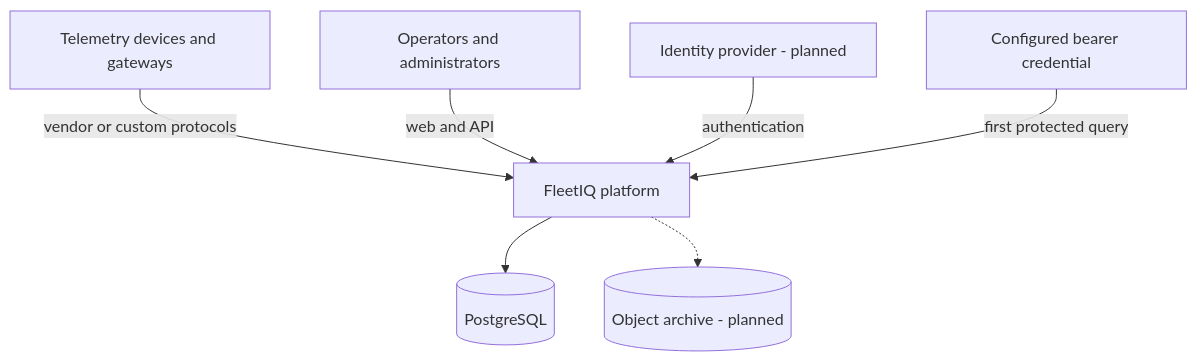
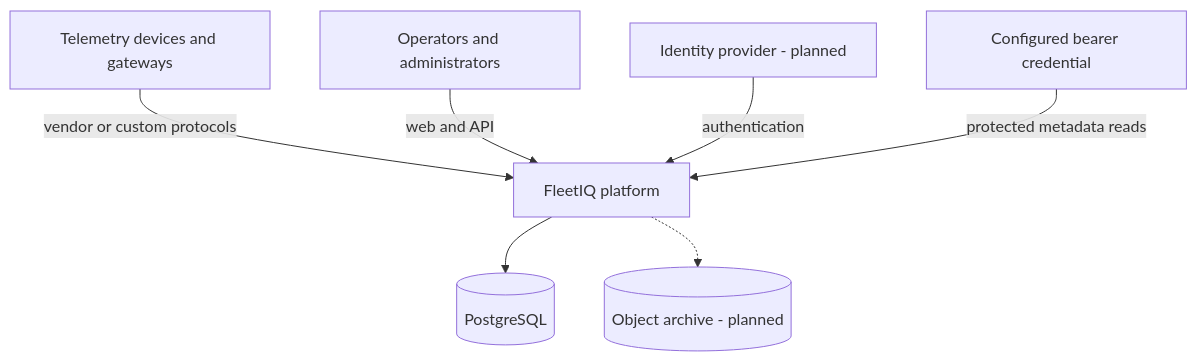
One commit to stanimirivanov/fleetiq-platform changed the first of 5 diagrams in docs/architecture/README.md. Above: the diagram before and after it, drawn with Mermaid. The commit also changed other lines of this file and 15 other files, not shown here.

````diff
--- a/docs/architecture/README.md
+++ b/docs/architecture/README.md
@@ -14,17 +14,17 @@
 ```mermaid
 flowchart TB
     Operators[Operators and administrators]
     Devices[Telemetry devices and gateways]
     Identity[Identity provider - planned]
     Credential[Configured bearer credential]
     FleetIQ[FleetIQ platform]
     Database[(PostgreSQL)]
     Archive[(Object archive - planned)]
 
     Devices -->|vendor or custom protocols| FleetIQ
     Operators -->|web and API| FleetIQ
     Identity -->|authentication| FleetIQ
-    Credential -->|first protected query| FleetIQ
+    Credential -->|protected metadata reads| FleetIQ
     FleetIQ --> Database
     FleetIQ -.-> Archive
 ```
````
